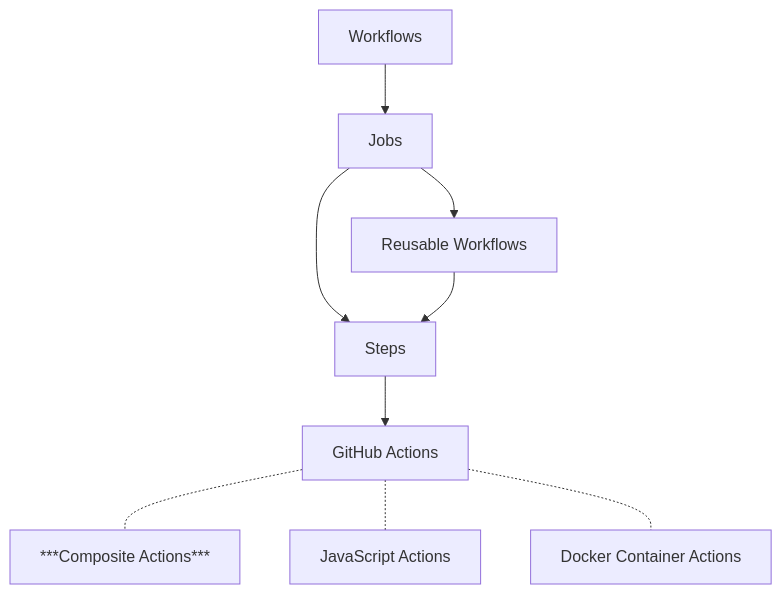
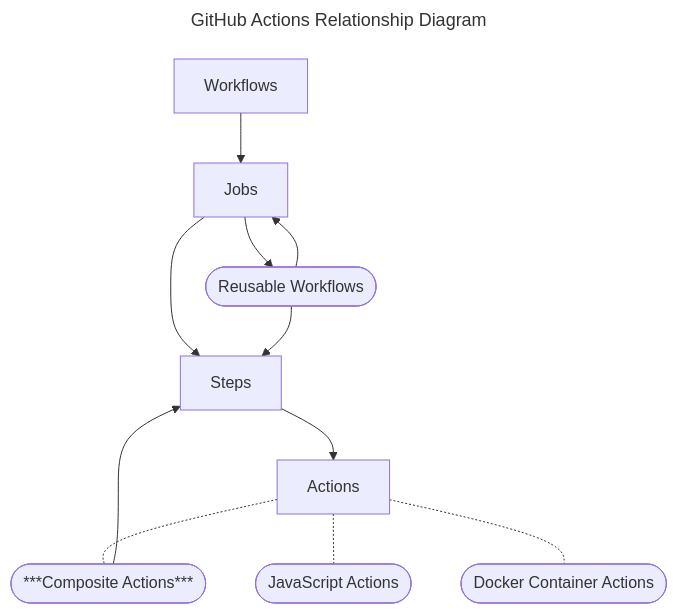
Before and after one commit to devantler-tech/workflows: the diagram in README.md, drawn with Mermaid.

Commit message:
fix: update GitHub Actions relationship diagram for clarity and accuracy

````diff
--- a/README.md
+++ b/README.md
@@ -10,11 +10,16 @@
 ```mermaid
-graph TD
+---
+title: GitHub Actions Relationship Diagram
+---
+flowchart TD
   A[Workflows] --> B[Jobs]
-  B --> C[Reusable Workflows]
+  B --> C([Reusable Workflows])
   B --> D[Steps]
   C --> D
-  D --> E[GitHub Actions]
-  E -.- F[***Composite Actions***]
-  E -.- G[JavaScript Actions]
-  E -.- H[Docker Container Actions]
+  C --> B
+  D --> E[Actions]
+  E -.- F([***Composite Actions***])
+  F --> D
+  E -.- G([JavaScript Actions])
+  E -.- H([Docker Container Actions])
 ```
````
